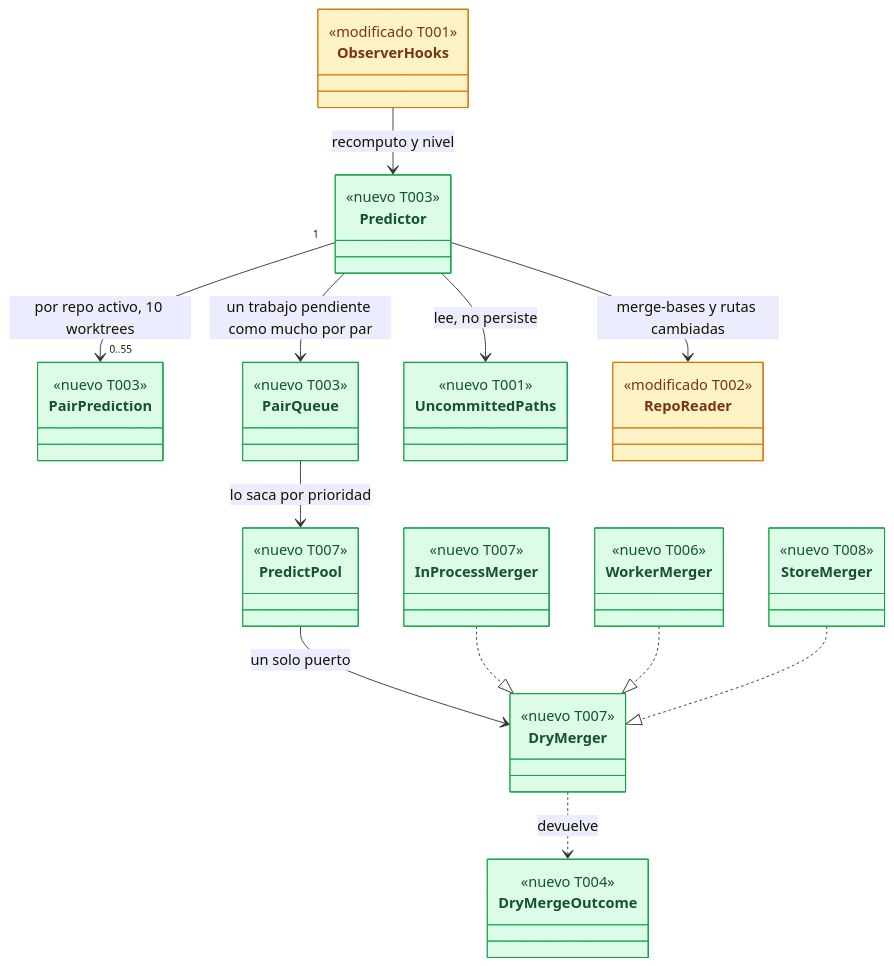
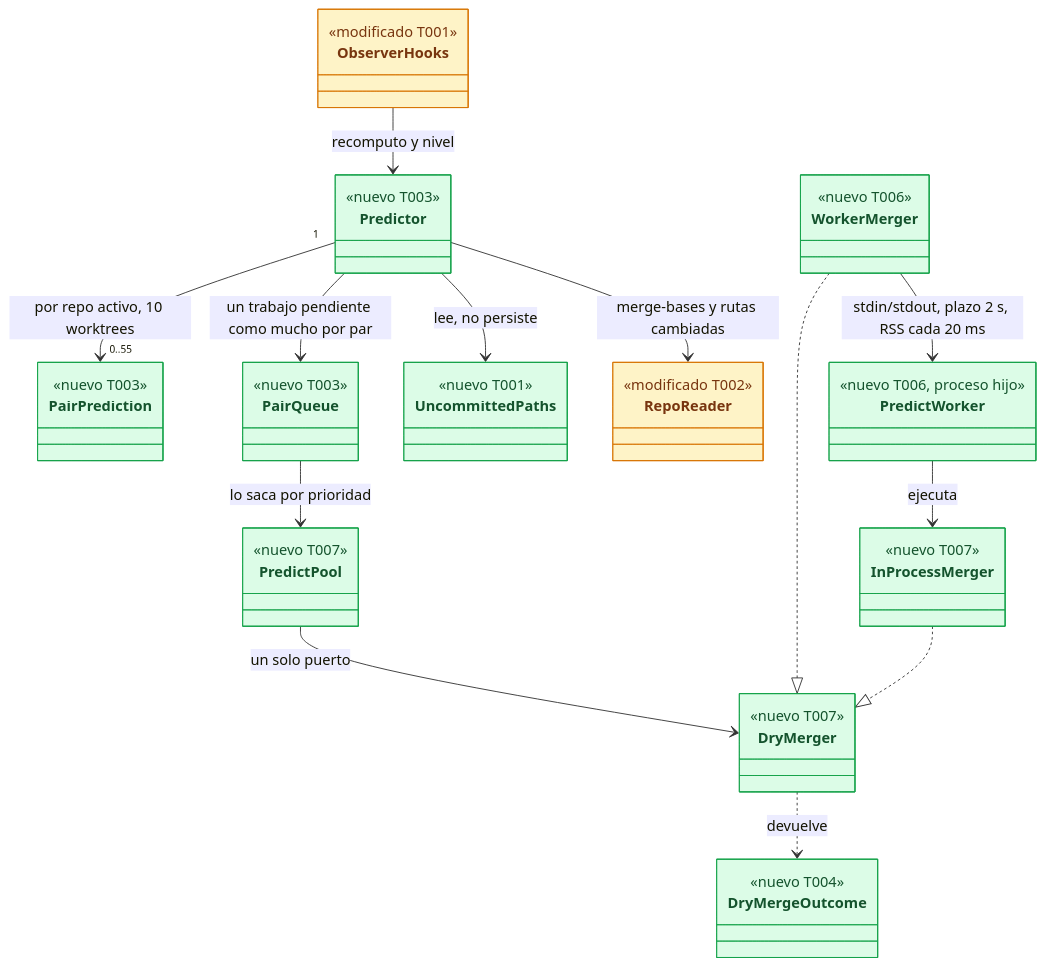
One commit to rbonillajr/gitRaptor changed the first of 4 diagrams in docs/requirements/features/cockpit/dev-specs/TS-CKP-001-predictor-conflictos.md. Above: the diagram before and after it, drawn with Mermaid. The commit also changed other lines of this file and 6 other files, not shown here.

````diff
--- a/docs/requirements/features/cockpit/dev-specs/TS-CKP-001-predictor-conflictos.md
+++ b/docs/requirements/features/cockpit/dev-specs/TS-CKP-001-predictor-conflictos.md
@@ -151,29 +162,30 @@
 ```mermaid
 classDiagram
     class Predictor:::nuevo { <<nuevo T003>> }
     class PairPrediction:::nuevo { <<nuevo T003>> }
     class PairQueue:::nuevo { <<nuevo T003>> }
     class PredictPool:::nuevo { <<nuevo T007>> }
     class DryMerger:::nuevo { <<nuevo T007>> }
     class InProcessMerger:::nuevo { <<nuevo T007>> }
     class WorkerMerger:::nuevo { <<nuevo T006>> }
-    class StoreMerger:::nuevo { <<nuevo T008>> }
+    class PredictWorker:::nuevo { <<nuevo T006, proceso hijo>> }
     class DryMergeOutcome:::nuevo { <<nuevo T004>> }
     class UncommittedPaths:::nuevo { <<nuevo T001>> }
     class ObserverHooks:::modificado { <<modificado T001>> }
     class RepoReader:::modificado { <<modificado T002>> }
     Predictor "1" --> "0..55" PairPrediction : por repo activo, 10 worktrees
     Predictor --> PairQueue : un trabajo pendiente como mucho por par
     PairQueue --> PredictPool : lo saca por prioridad
     PredictPool --> DryMerger : un solo puerto
     InProcessMerger ..|> DryMerger
     WorkerMerger ..|> DryMerger
-    StoreMerger ..|> DryMerger
+    WorkerMerger --> PredictWorker : stdin/stdout, plazo 2 s, RSS cada 20 ms
+    PredictWorker --> InProcessMerger : ejecuta
     DryMerger ..> DryMergeOutcome : devuelve
     ObserverHooks --> Predictor : recomputo y nivel
     Predictor --> UncommittedPaths : lee, no persiste
     Predictor --> RepoReader : merge-bases y rutas cambiadas
     classDef nuevo fill:#dcfce7,stroke:#16a34a,color:#14532d
     classDef modificado fill:#fef3c7,stroke:#d97706,color:#78350f
     classDef existente fill:#f1f5f9,stroke:#94a3b8,color:#334155
 ```
````
